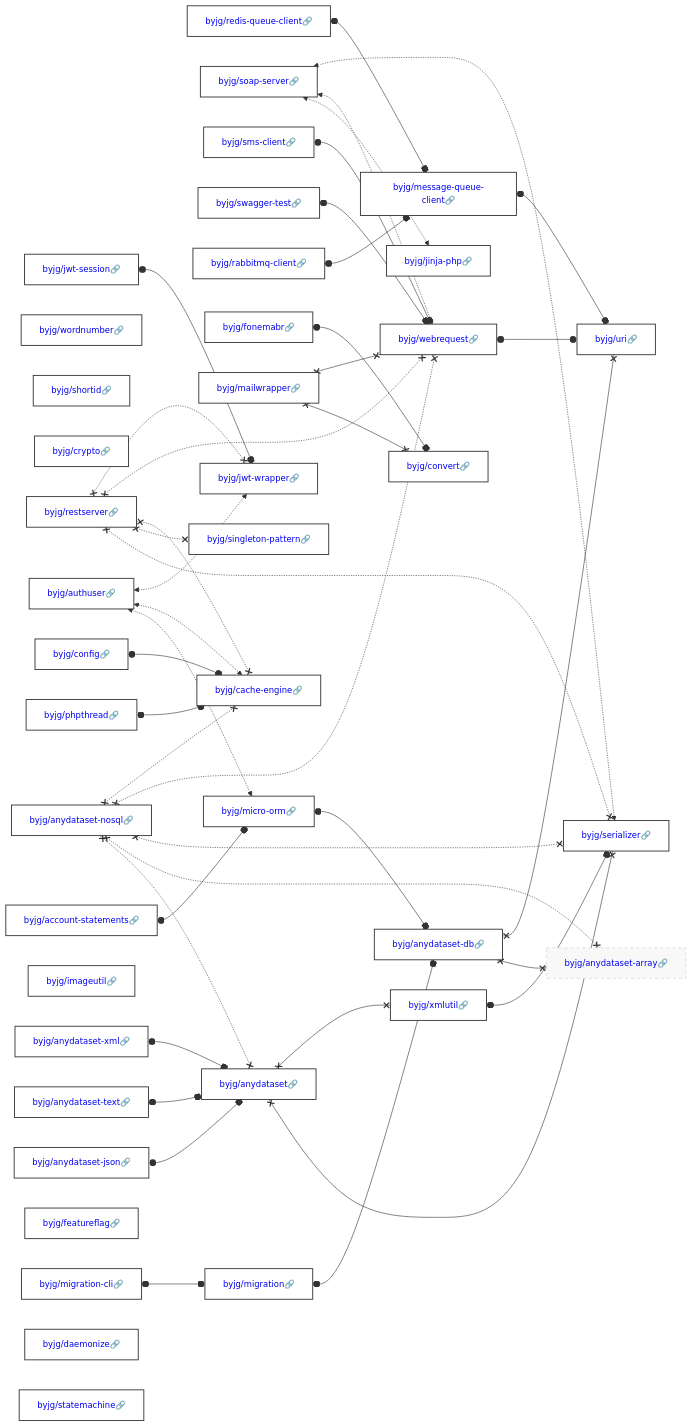
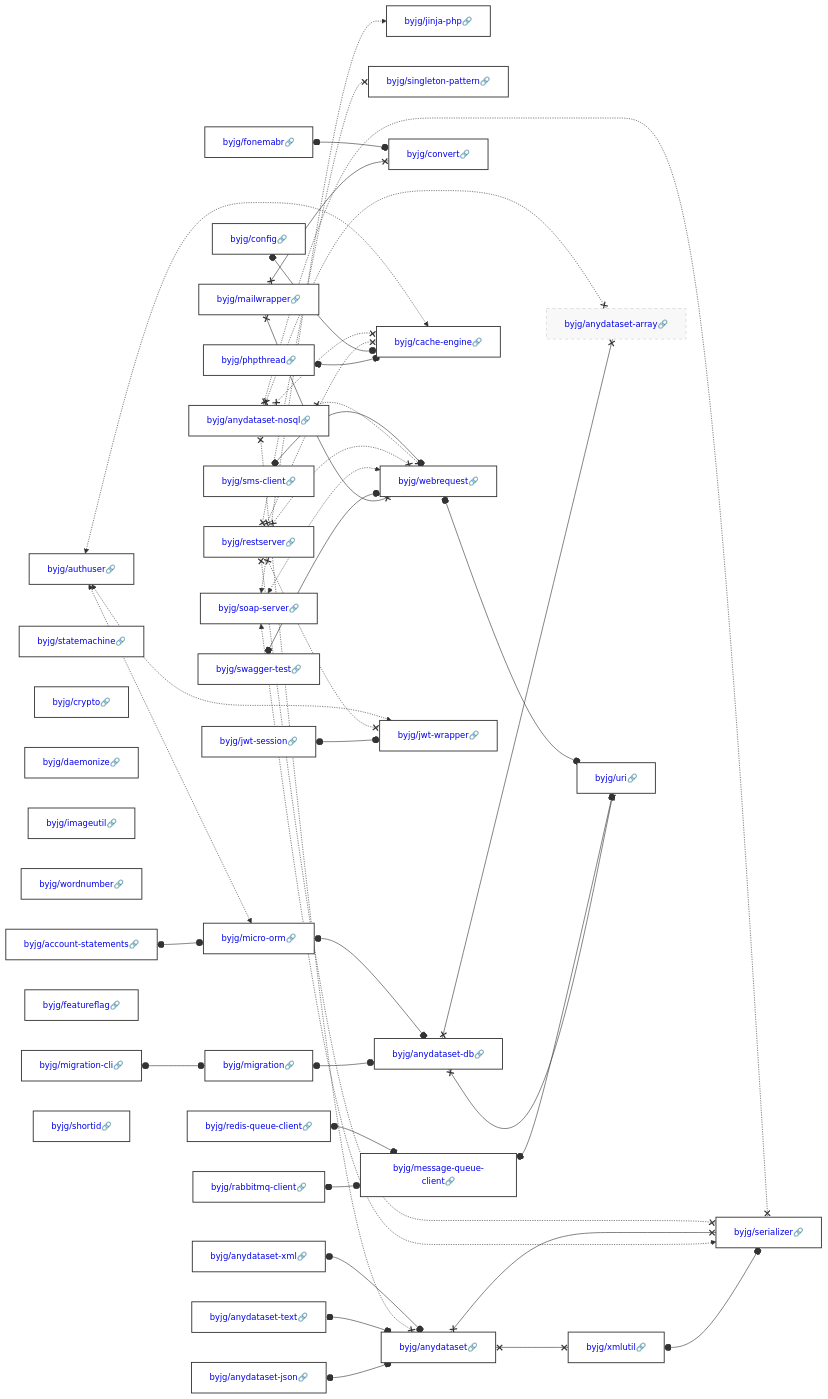
One commit to byjg/byjg.github.io changed the diagram in docs/php/README.md. Above: the diagram before and after it, drawn with Mermaid. The commit also changed other lines of this file and 1 other file, not shown here.

Commit message:
Update documentation 'php' 'php-singleton-pattern'

````diff
--- a/docs/php/README.md
+++ b/docs/php/README.md
@@ -3,45 +3,45 @@
 ```mermaid
 graph LR;
-  byjg/jwt-session[<a href='https://opensource.byjg.com/docs/php/jwt-session' style='text-decoration:none'>byjg/jwt-session🔗</a>];
-  byjg/redis-queue-client[<a href='https://opensource.byjg.com/docs/php/redis-queue-client' style='text-decoration:none'>byjg/redis-queue-client🔗</a>];
+  byjg/account-statements[<a href='https://opensource.byjg.com/docs/php/account-statements' style='text-decoration:none'>byjg/account-statements🔗</a>];
+  byjg/statemachine[<a href='https://opensource.byjg.com/docs/php/statemachine' style='text-decoration:none'>byjg/statemachine🔗</a>];
+  byjg/swagger-test[<a href='https://opensource.byjg.com/docs/php/swagger-test' style='text-decoration:none'>byjg/swagger-test🔗</a>];
+  byjg/anydataset-text[<a href='https://opensource.byjg.com/docs/php/anydataset-text' style='text-decoration:none'>byjg/anydataset-text🔗</a>];
+  byjg/soap-server[<a href='https://opensource.byjg.com/docs/php/soap-server' style='text-decoration:none'>byjg/soap-server🔗</a>];
+  byjg/rabbitmq-client[<a href='https://opensource.byjg.com/docs/php/rabbitmq-client' style='text-decoration:none'>byjg/rabbitmq-client🔗</a>];
+  byjg/restserver[<a href='https://opensource.byjg.com/docs/php/restserver' style='text-decoration:none'>byjg/restserver🔗</a>];
+  byjg/crypto[<a href='https://opensource.byjg.com/docs/php/crypto' style='text-decoration:none'>byjg/crypto🔗</a>];
+  byjg/daemonize[<a href='https://opensource.byjg.com/docs/php/daemonize' style='text-decoration:none'>byjg/daemonize🔗</a>];
+  byjg/imageutil[<a href='https://opensource.byjg.com/docs/php/imageutil' style='text-decoration:none'>byjg/imageutil🔗</a>];
   byjg/wordnumber[<a href='https://opensource.byjg.com/docs/php/wordnumber' style='text-decoration:none'>byjg/wordnumber🔗</a>];
-  byjg/soap-server[<a href='https://opensource.byjg.com/docs/php/soap-server' style='text-decoration:none'>byjg/soap-server🔗</a>];
-  byjg/shortid[<a href='https://opensource.byjg.com/docs/php/shortid' style='text-decoration:none'>byjg/shortid🔗</a>];
-  byjg/crypto[<a href='https://opensource.byjg.com/docs/php/crypto' style='text-decoration:none'>byjg/crypto🔗</a>];
-  byjg/anydataset-json[<a href='https://opensource.byjg.com/docs/php/anydataset-json' style='text-decoration:none'>byjg/anydataset-json🔗</a>];
-  byjg/anydataset-text[<a href='https://opensource.byjg.com/docs/php/anydataset-text' style='text-decoration:none'>byjg/anydataset-text🔗</a>];
-  byjg/authuser[<a href='https://opensource.byjg.com/docs/php/authuser' style='text-decoration:none'>byjg/authuser🔗</a>];
-  byjg/migration-cli[<a href='https://opensource.byjg.com/docs/php/migration-cli' style='text-decoration:none'>byjg/migration-cli🔗</a>];
-  byjg/sms-client[<a href='https://opensource.byjg.com/docs/php/sms-client' style='text-decoration:none'>byjg/sms-client🔗</a>];
   byjg/anydataset-xml[<a href='https://opensource.byjg.com/docs/php/anydataset-xml' style='text-decoration:none'>byjg/anydataset-xml🔗</a>];
   byjg/config[<a href='https://opensource.byjg.com/docs/php/config' style='text-decoration:none'>byjg/config🔗</a>];
-  byjg/imageutil[<a href='https://opensource.byjg.com/docs/php/imageutil' style='text-decoration:none'>byjg/imageutil🔗</a>];
-  byjg/restserver[<a href='https://opensource.byjg.com/docs/php/restserver' style='text-decoration:none'>byjg/restserver🔗</a>];
+  byjg/phpthread[<a href='https://opensource.byjg.com/docs/php/phpthread' style='text-decoration:none'>byjg/phpthread🔗</a>];
+  byjg/authuser[<a href='https://opensource.byjg.com/docs/php/authuser' style='text-decoration:none'>byjg/authuser🔗</a>];
+  byjg/fonemabr[<a href='https://opensource.byjg.com/docs/php/fonemabr' style='text-decoration:none'>byjg/fonemabr🔗</a>];
+  byjg/redis-queue-client[<a href='https://opensource.byjg.com/docs/php/redis-queue-client' style='text-decoration:none'>byjg/redis-queue-client🔗</a>];
+  byjg/sms-client[<a href='https://opensource.byjg.com/docs/php/sms-client' style='text-decoration:none'>byjg/sms-client🔗</a>];
+  byjg/featureflag[<a href='https://opensource.byjg.com/docs/php/featureflag' style='text-decoration:none'>byjg/featureflag🔗</a>];
+  byjg/mailwrapper[<a href='https://opensource.byjg.com/docs/php/mailwrapper' style='text-decoration:none'>byjg/mailwrapper🔗</a>];
+  byjg/migration-cli[<a href='https://opensource.byjg.com/docs/php/migration-cli' style='text-decoration:none'>byjg/migration-cli🔗</a>];
   byjg/anydataset-nosql[<a href='https://opensource.byjg.com/docs/php/anydataset-nosql' style='text-decoration:none'>byjg/anydataset-nosql🔗</a>];
-  byjg/swagger-test[<a href='https://opensource.byjg.com/docs/php/swagger-test' style='text-decoration:none'>byjg/swagger-test🔗</a>];
-  byjg/phpthread[<a href='https://opensource.byjg.com/docs/php/phpthread' style='text-decoration:none'>byjg/phpthread🔗</a>];
-  byjg/rabbitmq-client[<a href='https://opensource.byjg.com/docs/php/rabbitmq-client' style='text-decoration:none'>byjg/rabbitmq-client🔗</a>];
-  byjg/featureflag[<a href='https://opensource.byjg.com/docs/php/featureflag' style='text-decoration:none'>byjg/featureflag🔗</a>];
-  byjg/account-statements[<a href='https://opensource.byjg.com/docs/php/account-statements' style='text-decoration:none'>byjg/account-statements🔗</a>];
-  byjg/fonemabr[<a href='https://opensource.byjg.com/docs/php/fonemabr' style='text-decoration:none'>byjg/fonemabr🔗</a>];
-  byjg/daemonize[<a href='https://opensource.byjg.com/docs/php/daemonize' style='text-decoration:none'>byjg/daemonize🔗</a>];
-  byjg/statemachine[<a href='https://opensource.byjg.com/docs/php/statemachine' style='text-decoration:none'>byjg/statemachine🔗</a>];
-  byjg/mailwrapper[<a href='https://opensource.byjg.com/docs/php/mailwrapper' style='text-decoration:none'>byjg/mailwrapper🔗</a>];
+  byjg/anydataset-json[<a href='https://opensource.byjg.com/docs/php/anydataset-json' style='text-decoration:none'>byjg/anydataset-json🔗</a>];
+  byjg/jwt-session[<a href='https://opensource.byjg.com/docs/php/jwt-session' style='text-decoration:none'>byjg/jwt-session🔗</a>];
+  byjg/shortid[<a href='https://opensource.byjg.com/docs/php/shortid' style='text-decoration:none'>byjg/shortid🔗</a>];
   byjg/jinja-php[<a href='https://opensource.byjg.com/docs/php/jinja-php' style='text-decoration:none'>byjg/jinja-php🔗</a>];
+  byjg/singleton-pattern[<a href='https://opensource.byjg.com/docs/php/singleton-pattern' style='text-decoration:none'>byjg/singleton-pattern🔗</a>];
+  byjg/micro-orm[<a href='https://opensource.byjg.com/docs/php/micro-orm' style='text-decoration:none'>byjg/micro-orm🔗</a>];
+  byjg/message-queue-client[<a href='https://opensource.byjg.com/docs/php/message-queue-client' style='text-decoration:none'>byjg/message-queue-client🔗</a>];
+  byjg/convert[<a href='https://opensource.byjg.com/docs/php/convert' style='text-decoration:none'>byjg/convert🔗</a>];
   byjg/migration[<a href='https://opensource.byjg.com/docs/php/migration' style='text-decoration:none'>byjg/migration🔗</a>];
-  byjg/singleton-pattern[<a href='https://opensource.byjg.com/docs/php/singleton-pattern' style='text-decoration:none'>byjg/singleton-pattern🔗</a>];
+  byjg/webrequest[<a href='https://opensource.byjg.com/docs/php/webrequest' style='text-decoration:none'>byjg/webrequest🔗</a>];
+  byjg/cache-engine[<a href='https://opensource.byjg.com/docs/php/cache-engine' style='text-decoration:none'>byjg/cache-engine🔗</a>];
+  byjg/anydataset[<a href='https://opensource.byjg.com/docs/php/anydataset' style='text-decoration:none'>byjg/anydataset🔗</a>];
   byjg/jwt-wrapper[<a href='https://opensource.byjg.com/docs/php/jwt-wrapper' style='text-decoration:none'>byjg/jwt-wrapper🔗</a>];
-  byjg/anydataset[<a href='https://opensource.byjg.com/docs/php/anydataset' style='text-decoration:none'>byjg/anydataset🔗</a>];
-  byjg/cache-engine[<a href='https://opensource.byjg.com/docs/php/cache-engine' style='text-decoration:none'>byjg/cache-engine🔗</a>];
-  byjg/message-queue-client[<a href='https://opensource.byjg.com/docs/php/message-queue-client' style='text-decoration:none'>byjg/message-queue-client🔗</a>];
-  byjg/micro-orm[<a href='https://opensource.byjg.com/docs/php/micro-orm' style='text-decoration:none'>byjg/micro-orm🔗</a>];
-  byjg/convert[<a href='https://opensource.byjg.com/docs/php/convert' style='text-decoration:none'>byjg/convert🔗</a>];
-  byjg/webrequest[<a href='https://opensource.byjg.com/docs/php/webrequest' style='text-decoration:none'>byjg/webrequest🔗</a>];
+  byjg/anydataset-db[<a href='https://opensource.byjg.com/docs/php/anydataset-db' style='text-decoration:none'>byjg/anydataset-db🔗</a>];
   byjg/xmlutil[<a href='https://opensource.byjg.com/docs/php/xmlutil' style='text-decoration:none'>byjg/xmlutil🔗</a>];
-  byjg/anydataset-db[<a href='https://opensource.byjg.com/docs/php/anydataset-db' style='text-decoration:none'>byjg/anydataset-db🔗</a>];
-  byjg/serializer[<a href='https://opensource.byjg.com/docs/php/serializer' style='text-decoration:none'>byjg/serializer🔗</a>];
   byjg/anydataset-array[<a href='https://opensource.byjg.com/docs/php/anydataset-array' style='text-decoration:none'>byjg/anydataset-array🔗</a>];
   byjg/uri[<a href='https://opensource.byjg.com/docs/php/uri' style='text-decoration:none'>byjg/uri🔗</a>];
+  byjg/serializer[<a href='https://opensource.byjg.com/docs/php/serializer' style='text-decoration:none'>byjg/serializer🔗</a>];
   byjg/mailwrapper x--x byjg/convert;
   byjg/mailwrapper x--x byjg/webrequest;
   byjg/xmlutil o--o byjg/serializer;
````
